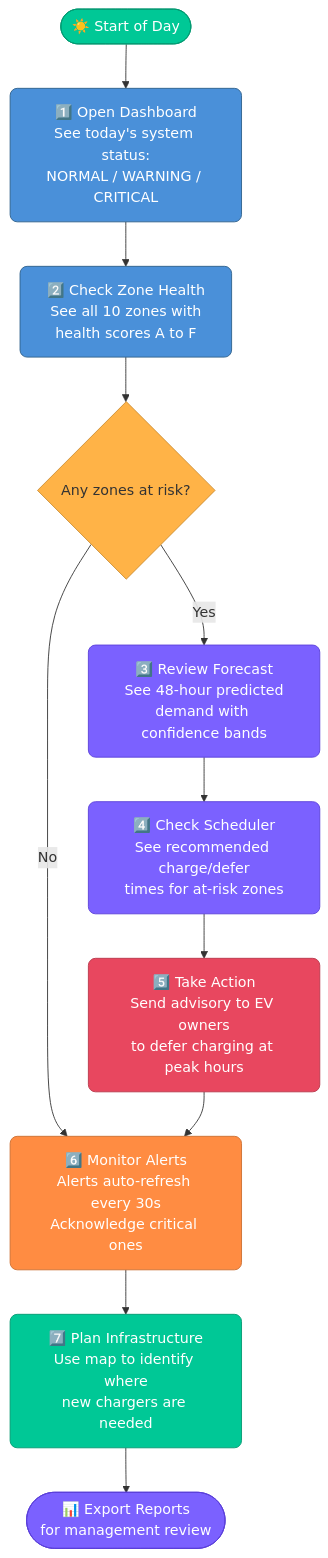
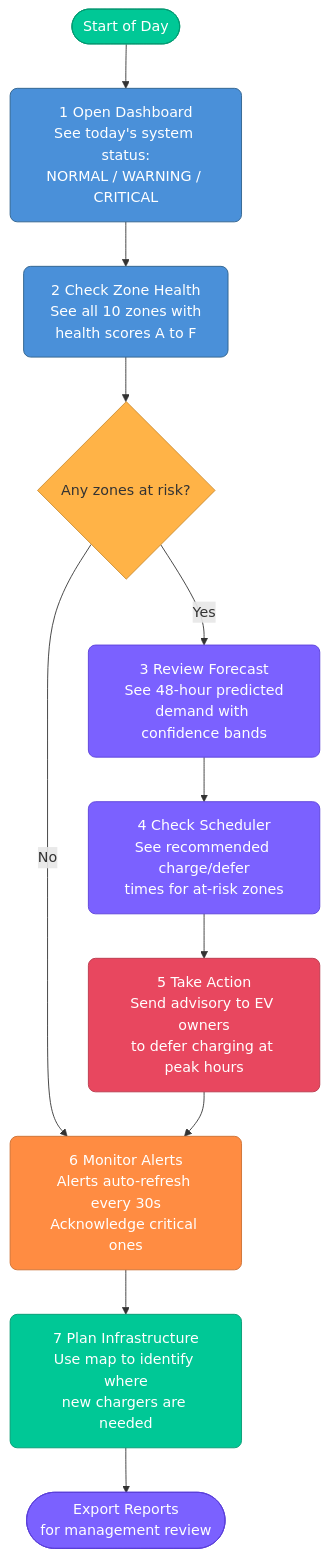
The ninth of 9 diagrams in README.md (AbhimanRajCoder/VOLTARIS-AI), drawn with Mermaid before and after one commit. The commit also changed other lines of this file, not shown here.

````diff
--- a/README.md
+++ b/README.md
@@ -1249,33 +1374,33 @@
 ```mermaid
 flowchart TD
-    START(["☀️ Start of Day"]) --> A
+  START([" Start of Day"]) --> A
 
-    A["1️⃣ Open Dashboard\nSee today's system status:\nNORMAL / WARNING / CRITICAL"] --> B
+  A["1 Open Dashboard\nSee today's system status:\nNORMAL / WARNING / CRITICAL"] --> B
 
-    B["2️⃣ Check Zone Health\nSee all 10 zones with\nhealth scores A to F"] --> C
+  B["2 Check Zone Health\nSee all 10 zones with\nhealth scores A to F"] --> C
 
-    C{"Any zones at risk?"}
-    C -->|"Yes"| D["3️⃣ Review Forecast\nSee 48-hour predicted\ndemand with confidence bands"]
-    C -->|"No"| G
+  C{"Any zones at risk?"}
+  C -->|"Yes"| D["3 Review Forecast\nSee 48-hour predicted\ndemand with confidence bands"]
+  C -->|"No"| G
 
-    D --> E["4️⃣ Check Scheduler\nSee recommended charge/defer\ntimes for at-risk zones"]
+  D --> E["4 Check Scheduler\nSee recommended charge/defer\ntimes for at-risk zones"]
 
-    E --> F["5️⃣ Take Action\nSend advisory to EV owners\nto defer charging at peak hours"]
+  E --> F["5 Take Action\nSend advisory to EV owners\nto defer charging at peak hours"]
 
-    F --> G["6️⃣ Monitor Alerts\nAlerts auto-refresh every 30s\nAcknowledge critical ones"]
+  F --> G["6 Monitor Alerts\nAlerts auto-refresh every 30s\nAcknowledge critical ones"]
 
-    G --> H["7️⃣ Plan Infrastructure\nUse map to identify where\nnew chargers are needed"]
+  G --> H["7 Plan Infrastructure\nUse map to identify where\nnew chargers are needed"]
 
-    H --> END(["📊 Export Reports\nfor management review"])
+  H --> END([" Export Reports\nfor management review"])
 
-    style START fill:#00C896,stroke:#009970,color:#fff,rx:20
-    style END fill:#7B61FF,stroke:#5A3FD9,color:#fff,rx:20
-    style A fill:#4A90D9,stroke:#2C5F8A,color:#fff,rx:8
-    style B fill:#4A90D9,stroke:#2C5F8A,color:#fff,rx:8
-    style C fill:#FFB347,stroke:#CC8E35,color:#333,rx:8
-    style D fill:#7B61FF,stroke:#5A3FD9,color:#fff,rx:8
-    style E fill:#7B61FF,stroke:#5A3FD9,color:#fff,rx:8
-    style F fill:#E8475F,stroke:#B83649,color:#fff,rx:8
-    style G fill:#FF8C42,stroke:#CC6E30,color:#fff,rx:8
-    style H fill:#00C896,stroke:#009970,color:#fff,rx:8
+  style START fill:#00C896,stroke:#009970,color:#fff,rx:20
+  style END fill:#7B61FF,stroke:#5A3FD9,color:#fff,rx:20
+  style A fill:#4A90D9,stroke:#2C5F8A,color:#fff,rx:8
+  style B fill:#4A90D9,stroke:#2C5F8A,color:#fff,rx:8
+  style C fill:#FFB347,stroke:#CC8E35,color:#333,rx:8
+  style D fill:#7B61FF,stroke:#5A3FD9,color:#fff,rx:8
+  style E fill:#7B61FF,stroke:#5A3FD9,color:#fff,rx:8
+  style F fill:#E8475F,stroke:#B83649,color:#fff,rx:8
+  style G fill:#FF8C42,stroke:#CC6E30,color:#fff,rx:8
+  style H fill:#00C896,stroke:#009970,color:#fff,rx:8
 ```
````
